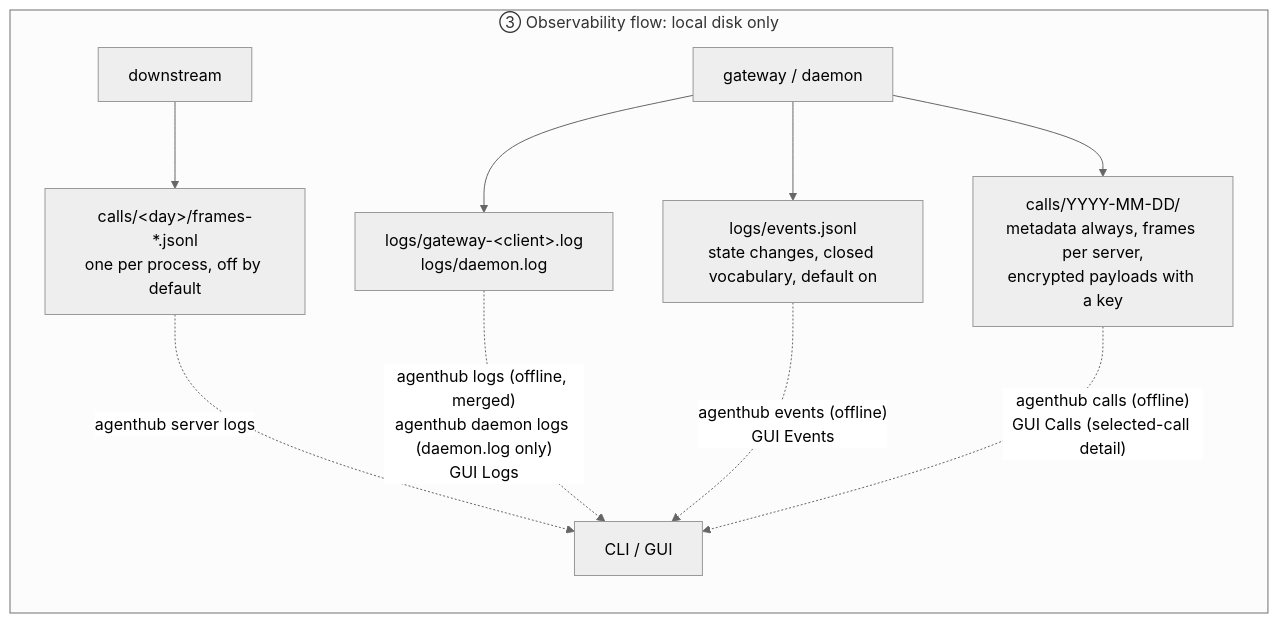
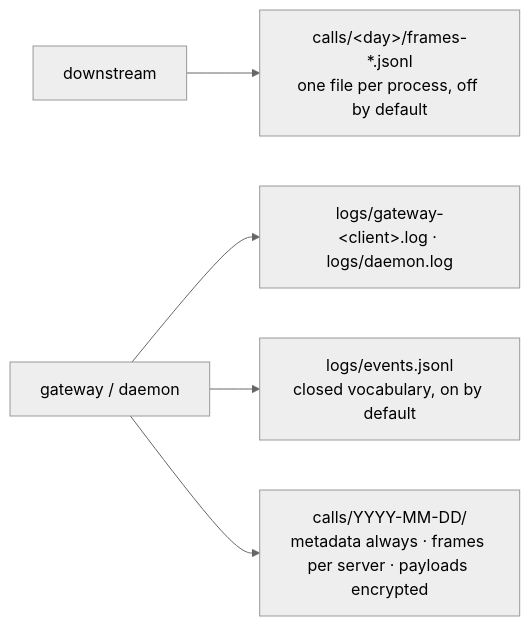
The sixth of 6 diagrams in docs/architecture.md (dinstein/agent-hub), drawn with Mermaid (neutral theme) before and after one commit. The commit also changed other lines of this file and 90 other files, not shown here.

First line of the commit message:
docs: rewrite architecture, and cite sections by name

````diff
--- a/docs/architecture.md
+++ b/docs/architecture.md
@@ -277,13 +243,7 @@
 ```mermaid
 flowchart LR
-    subgraph obs["③ Observability flow: local disk only"]
-        DSX["downstream"] --> A4["calls/&lt;day&gt;/frames-*.jsonl<br/>one per process, off by default"]
-        GW["gateway / daemon"] --> A5["logs/gateway-&lt;client&gt;.log<br/>logs/daemon.log"]
-        GW --> A7["logs/events.jsonl<br/>state changes, closed vocabulary, default on"]
-        GW --> A6["calls/YYYY-MM-DD/<br/>metadata always, frames per server,<br/>encrypted payloads with a key"]
-        A4 -.->|"agenthub server logs"| F["CLI / GUI"]
-        A5 -.->|"agenthub logs (offline, merged)<br/>agenthub daemon logs (daemon.log only)<br/>GUI Logs"| F
-        A7 -.->|"agenthub events (offline)<br/>GUI Events"| F
-        A6 -.->|"agenthub calls (offline)<br/>GUI Calls (selected-call detail)"| F
-    end
+    DSX["downstream"] --> A4["calls/&lt;day&gt;/frames-*.jsonl<br/>one file per process, off by default"]
+    GW["gateway / daemon"] --> A5["logs/gateway-&lt;client&gt;.log · logs/daemon.log"]
+    GW --> A7["logs/events.jsonl<br/>closed vocabulary, on by default"]
+    GW --> A6["calls/YYYY-MM-DD/<br/>metadata always · frames per server · payloads encrypted"]
 ```
````
